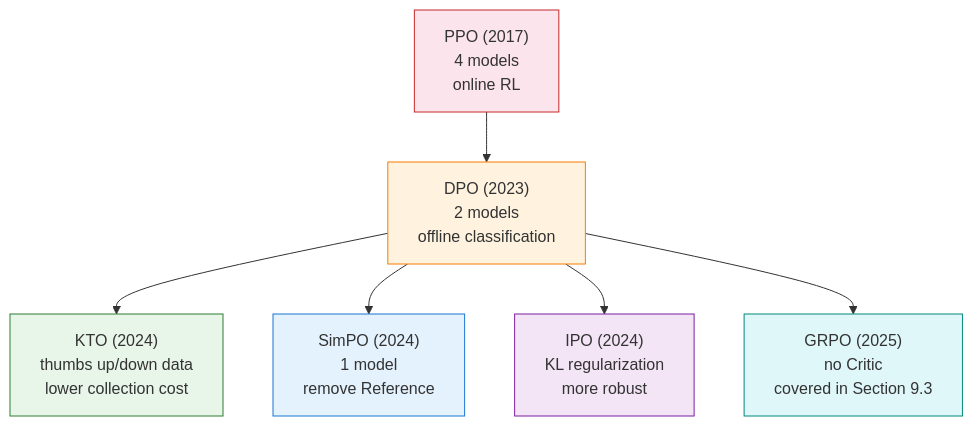
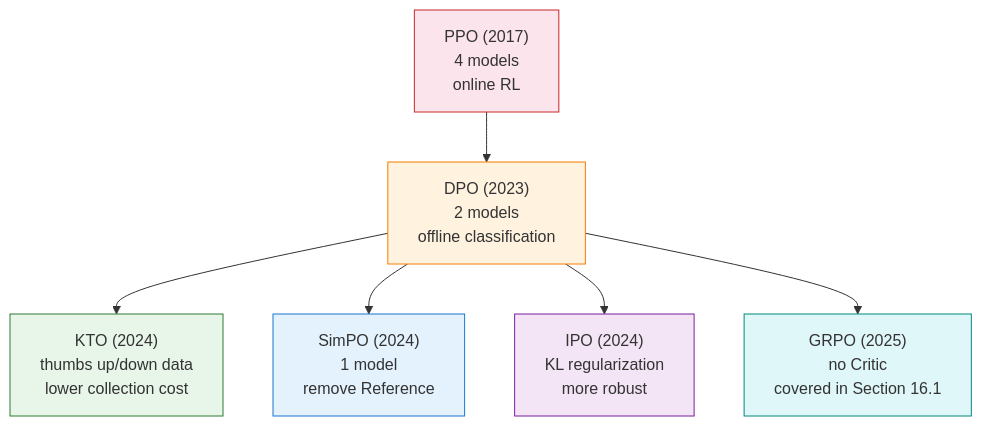
Before and after one commit to CrazyForks/hands-on-modern-rl: the fourth of 4 diagrams in docs/en/chapter17_dpo/dpo-theory-and-family.md, drawn with Mermaid. The commit also changed other lines of this file and 190 other files, not shown here.

````diff
--- a/docs/en/chapter17_dpo/dpo-theory-and-family.md
+++ b/docs/en/chapter17_dpo/dpo-theory-and-family.md
@@ -751,16 +751,16 @@
 ```mermaid
 flowchart TD
     PPO["PPO (2017)\n4 models\nonline RL"] --> DPO["DPO (2023)\n2 models\noffline classification"]
     DPO --> KTO["KTO (2024)\nthumbs up/down data\nlower collection cost"]
     DPO --> SimPO["SimPO (2024)\n1 model\nremove Reference"]
     DPO --> IPO["IPO (2024)\nKL regularization\nmore robust"]
 
-    DPO --> GRPO["GRPO (2025)\nno Critic\ncovered in Section 9.3"]
+    DPO --> GRPO["GRPO (2025)\nno Critic\ncovered in Section 16.1"]
 
     style PPO fill:#fce4ec,stroke:#c62828
     style DPO fill:#fff3e0,stroke:#f57c00
     style KTO fill:#e8f5e9,stroke:#2e7d32
     style SimPO fill:#e3f2fd,stroke:#1976d2
     style IPO fill:#f3e5f5,stroke:#7b1fa2
     style GRPO fill:#e0f7fa,stroke:#00897b
 ```
````
